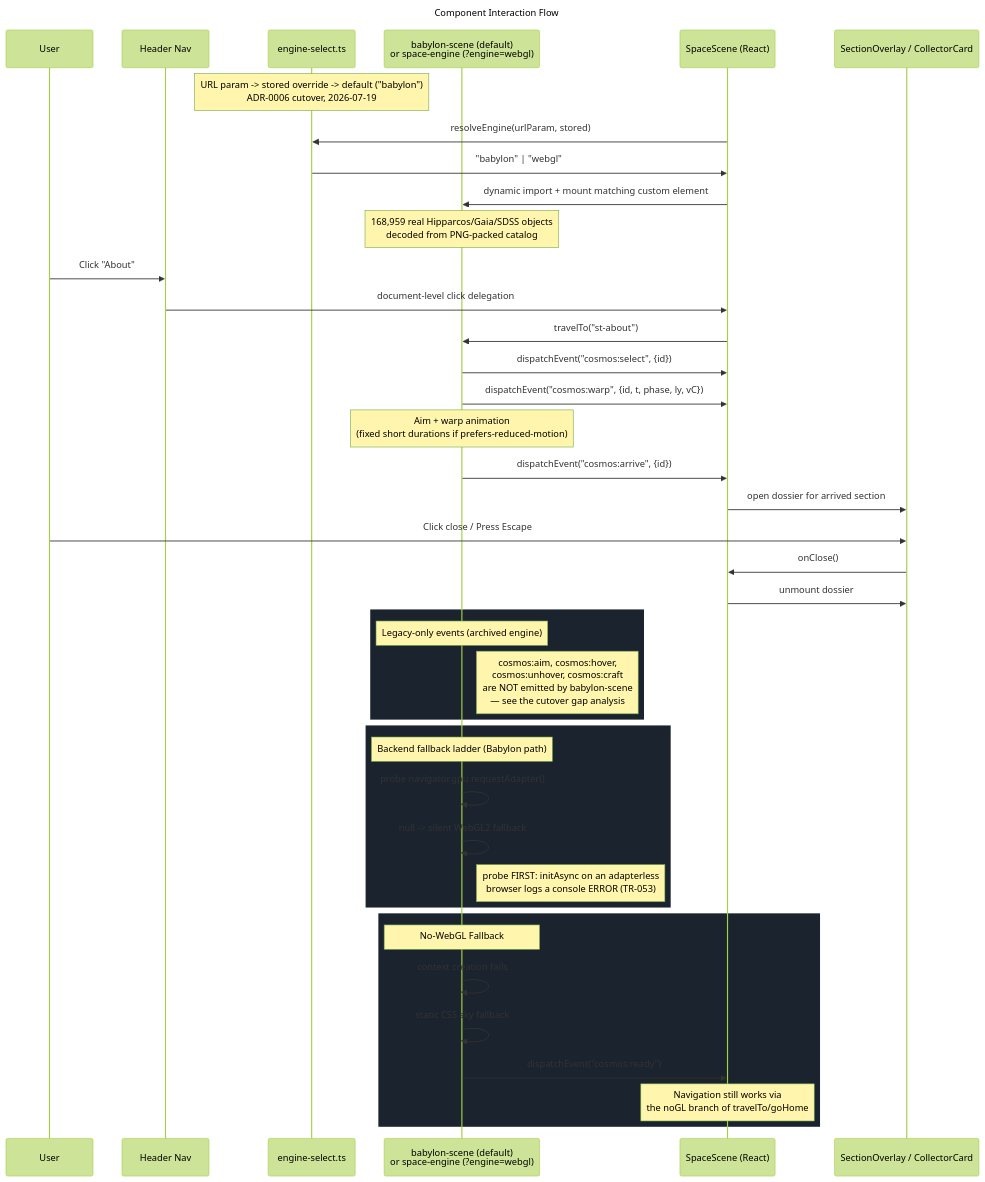
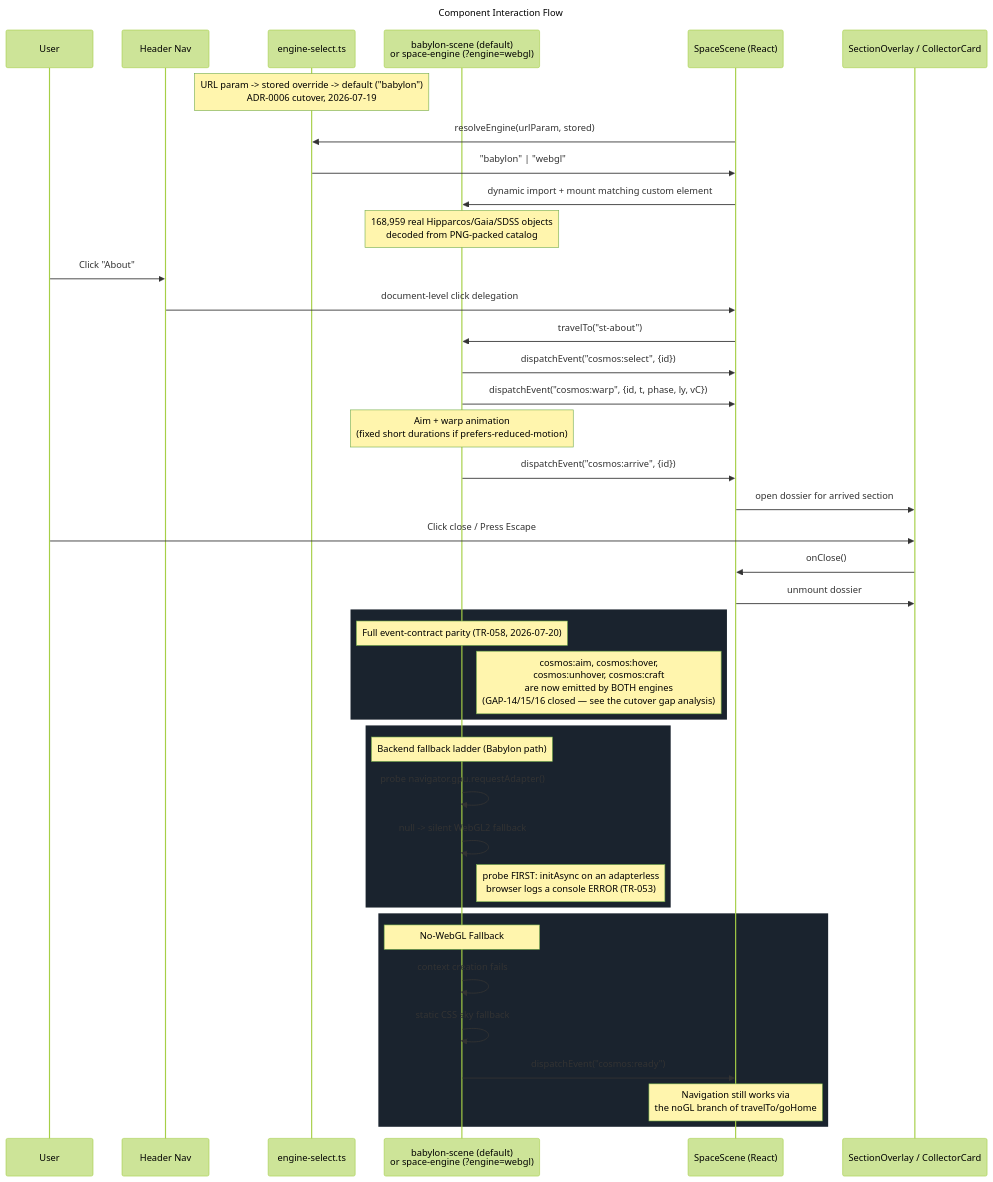
Before and after one commit to ishan-caicias/ishanjain_portfolio: the diagram in docs/architecture/diagrams/component-flow.mmd, drawn with Mermaid (forest theme). The commit also changed 44 other files, not shown here.

Commit message:
Update - Gap analysis report resolved GAP 06 to GAP 27

```diff
--- a/docs/architecture/diagrams/component-flow.mmd
+++ b/docs/architecture/diagrams/component-flow.mmd
@@ -1,50 +1,50 @@
 ---
 title: Component Interaction Flow
 ---
 sequenceDiagram
     participant User
     participant Header as Header Nav
     participant Select as engine-select.ts
     participant Engine as babylon-scene (default)<br/>or space-engine (?engine=webgl)
     participant Scene as SpaceScene (React)
     participant Overlay as SectionOverlay / CollectorCard
 
     Note over Select: URL param -> stored override -> default ("babylon")<br/>ADR-0006 cutover, 2026-07-19
 
     Scene->>Select: resolveEngine(urlParam, stored)
     Select->>Scene: "babylon" | "webgl"
     Scene->>Engine: dynamic import + mount matching custom element
     Note over Engine: 168,959 real Hipparcos/Gaia/SDSS objects<br/>decoded from PNG-packed catalog
 
     User->>Header: Click "About"
     Header->>Scene: document-level click delegation
     Scene->>Engine: travelTo("st-about")
     Engine->>Scene: dispatchEvent("cosmos:select", {id})
     Engine->>Scene: dispatchEvent("cosmos:warp", {id, t, phase, ly, vC})
     Note over Engine: Aim + warp animation<br/>(fixed short durations if prefers-reduced-motion)
     Engine->>Scene: dispatchEvent("cosmos:arrive", {id})
     Scene->>Overlay: open dossier for arrived section
 
     User->>Overlay: Click close / Press Escape
     Overlay->>Scene: onClose()
     Scene->>Overlay: unmount dossier
 
     rect rgb(26,35,46)
-        Note over Engine: Legacy-only events (archived engine)
-        Note right of Engine: cosmos:aim, cosmos:hover,<br/>cosmos:unhover, cosmos:craft<br/>are NOT emitted by babylon-scene<br/>— see the cutover gap analysis
+        Note over Engine: Full event-contract parity (TR-058, 2026-07-20)
+        Note right of Engine: cosmos:aim, cosmos:hover,<br/>cosmos:unhover, cosmos:craft<br/>are now emitted by BOTH engines<br/>(GAP-14/15/16 closed — see the cutover gap analysis)
     end
 
     rect rgb(26,35,46)
         Note over Engine: Backend fallback ladder (Babylon path)
         Engine->>Engine: probe navigator.gpu.requestAdapter()
         Engine->>Engine: null -> silent WebGL2 fallback
         Note right of Engine: probe FIRST: initAsync on an adapterless<br/>browser logs a console ERROR (TR-053)
     end
 
     rect rgb(26,35,46)
         Note over Engine: No-WebGL Fallback
         Engine->>Engine: context creation fails
         Engine->>Engine: static CSS sky fallback
         Engine->>Scene: dispatchEvent("cosmos:ready")
         Note over Scene: Navigation still works via<br/>the noGL branch of travelTo/goHome
     end
```
